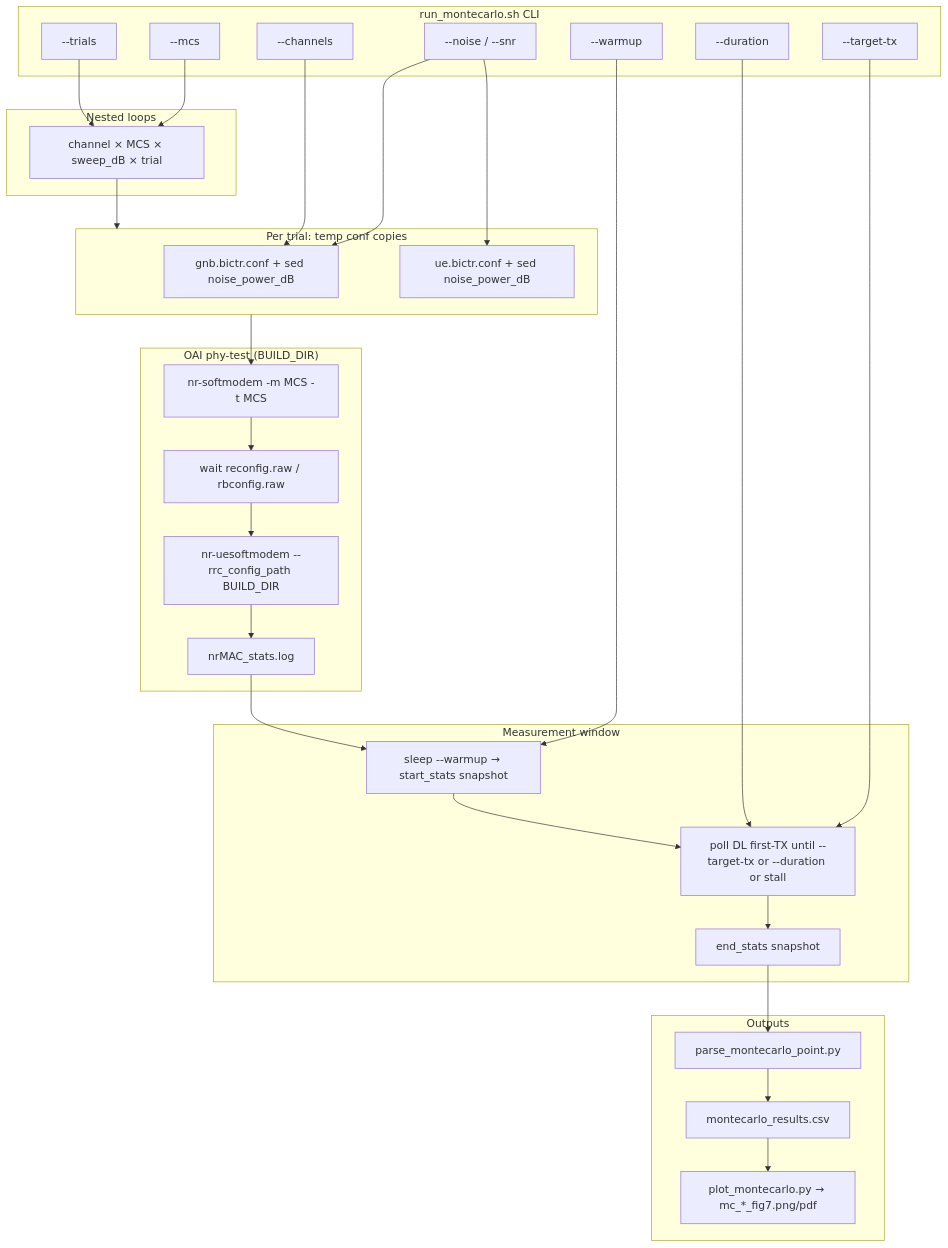
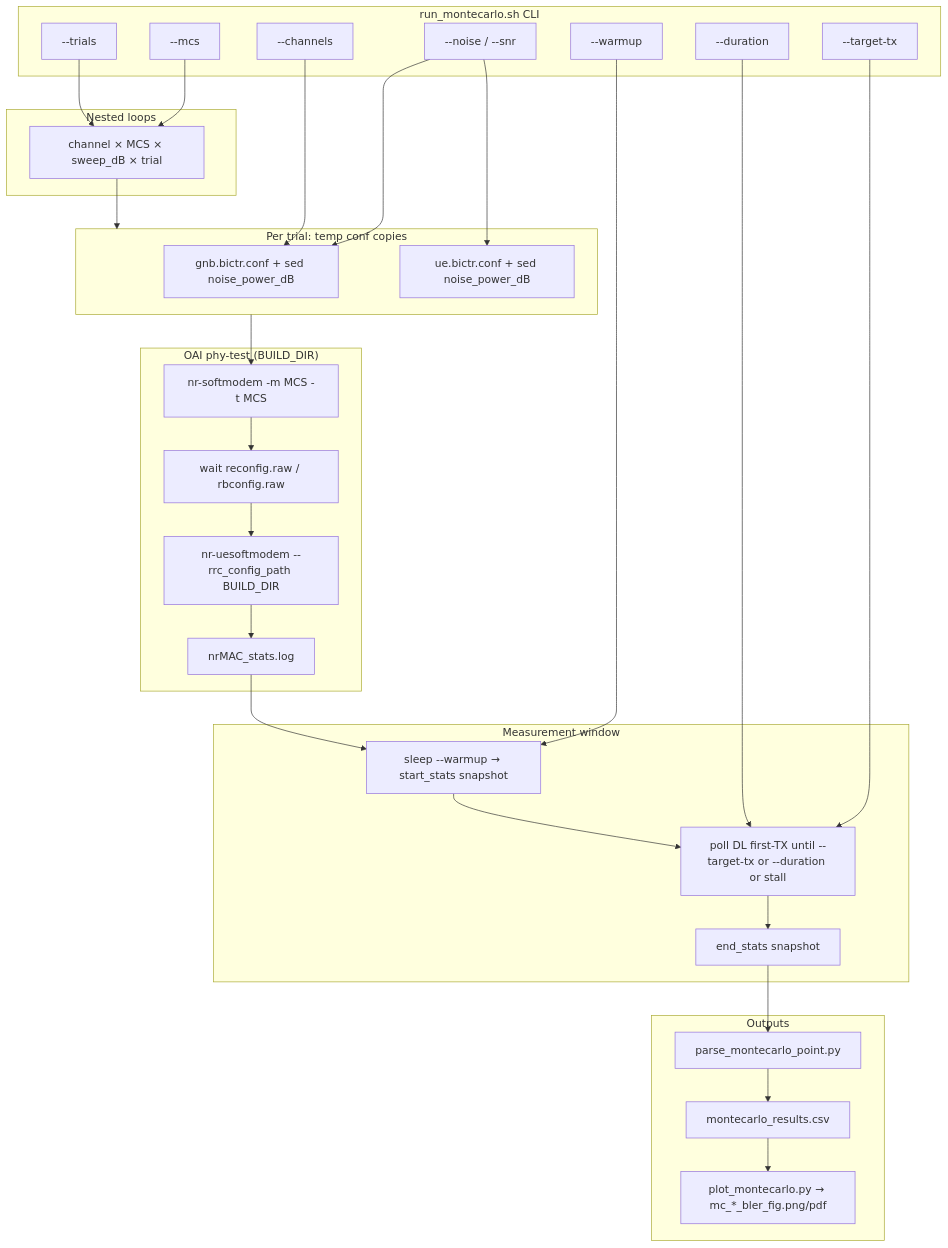
The diagram in doc/episys/README_MONTECARLO_BICTR.md (chrissantorelli/wpi-sl-release-1.0-bictr), drawn with Mermaid before and after one commit. The commit also changed other lines of this file, not shown here.

First line of the commit message:
Document Monte Carlo plot outputs as mc_*_bler_fig.

````diff
--- a/doc/episys/README_MONTECARLO_BICTR.md
+++ b/doc/episys/README_MONTECARLO_BICTR.md
@@ -30,54 +30,54 @@
 ```mermaid
 flowchart TB
   subgraph cli ["run_montecarlo.sh CLI"]
     MCS["--mcs"]
     NOISE["--noise / --snr"]
     TRIALS["--trials"]
     TARGET["--target-tx"]
     WARMUP["--warmup"]
     DUR["--duration"]
     CHAN["--channels"]
   end
 
   subgraph loop ["Nested loops"]
     L1["channel × MCS × sweep_dB × trial"]
   end
 
   subgraph conf ["Per trial: temp conf copies"]
     GNBc["gnb.bictr.conf + sed noise_power_dB"]
     UEc["ue.bictr.conf + sed noise_power_dB"]
   end
 
   subgraph oai ["OAI phy-test (BUILD_DIR)"]
     GNB["nr-softmodem -m MCS -t MCS"]
     RRC["wait reconfig.raw / rbconfig.raw"]
     UE["nr-uesoftmodem --rrc_config_path BUILD_DIR"]
     STATS["nrMAC_stats.log"]
   end
 
   subgraph measure ["Measurement window"]
     T0["sleep --warmup → start_stats snapshot"]
     POLL["poll DL first-TX until --target-tx or --duration or stall"]
     T1["end_stats snapshot"]
   end
 
   subgraph out ["Outputs"]
     PARSE["parse_montecarlo_point.py"]
     CSV["montecarlo_results.csv"]
-    PLOT["plot_montecarlo.py → mc_*_fig7.png/pdf"]
+    PLOT["plot_montecarlo.py → mc_*_bler_fig.png/pdf"]
   end
 
   MCS --> L1
   NOISE --> GNBc
   NOISE --> UEc
   CHAN --> GNBc
   TRIALS --> L1
   TARGET --> POLL
   WARMUP --> T0
   DUR --> POLL
   L1 --> conf
   conf --> GNB
   GNB --> RRC --> UE --> STATS
   STATS --> T0 --> POLL --> T1
   T1 --> PARSE --> CSV --> PLOT
 ```
````
